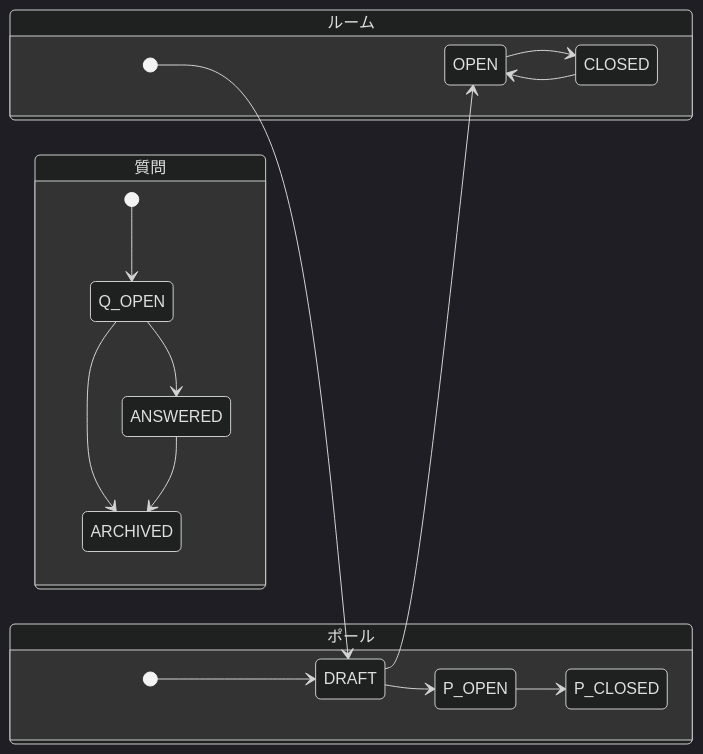
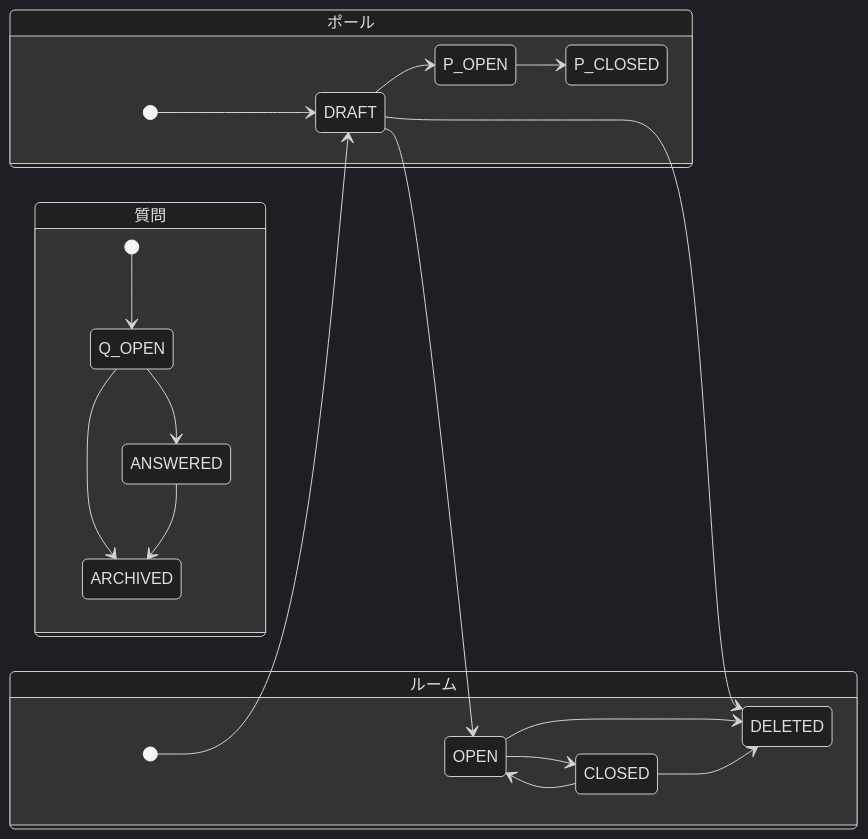
One commit to muscat2356/LiveQA-app changed the second of 2 diagrams in docs/design/constraints.md. Above: the diagram before and after it, drawn with Mermaid (dark theme). The commit also changed other lines of this file and 12 other files, not shown here.

````diff
--- a/docs/design/constraints.md
+++ b/docs/design/constraints.md
@@ -66,21 +66,24 @@
 ```mermaid
 stateDiagram-v2
     direction LR
     state ルーム {
         [*] --> DRAFT
         DRAFT --> OPEN
         OPEN --> CLOSED
         CLOSED --> OPEN
+        DRAFT --> DELETED
+        OPEN --> DELETED
+        CLOSED --> DELETED
     }
     state 質問 {
         [*] --> Q_OPEN
         Q_OPEN --> ANSWERED
         Q_OPEN --> ARCHIVED
         ANSWERED --> ARCHIVED
     }
     state ポール {
         [*] --> DRAFT
         DRAFT --> P_OPEN
         P_OPEN --> P_CLOSED
     }
 ```
````
